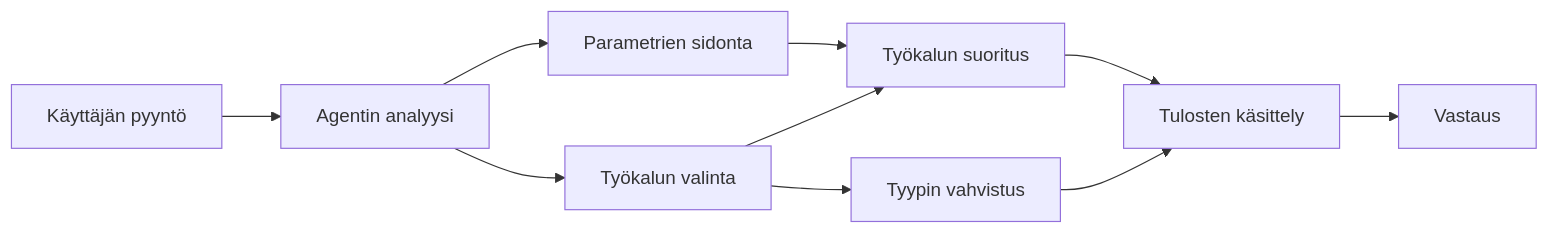
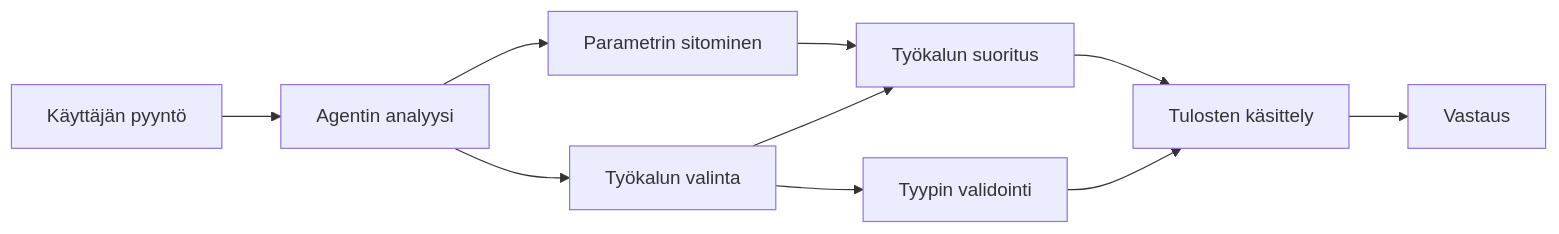
The diagram in translations/fi/04-tool-use/code_samples/04-dotnet-agent-framework.md (venturemavenwill/azureaifundamentals), drawn with Mermaid before and after one commit. The commit also changed other lines of this file and 2002 other files, not shown here.

````diff
--- a/translations/fi/04-tool-use/code_samples/04-dotnet-agent-framework.md
+++ b/translations/fi/04-tool-use/code_samples/04-dotnet-agent-framework.md
@@ -40,12 +40,12 @@
 ```mermaid
 graph LR
     A[Käyttäjän pyyntö] --> B[Agentin analyysi]
     B --> C[Työkalun valinta]
-    C --> D[Tyypin vahvistus]
-    B --> E[Parametrien sidonta]
+    C --> D[Tyypin validointi]
+    B --> E[Parametrin sitominen]
     E --> F[Työkalun suoritus]
     C --> F
     F --> G[Tulosten käsittely]
     D --> G
     G --> H[Vastaus]
 ```
````
